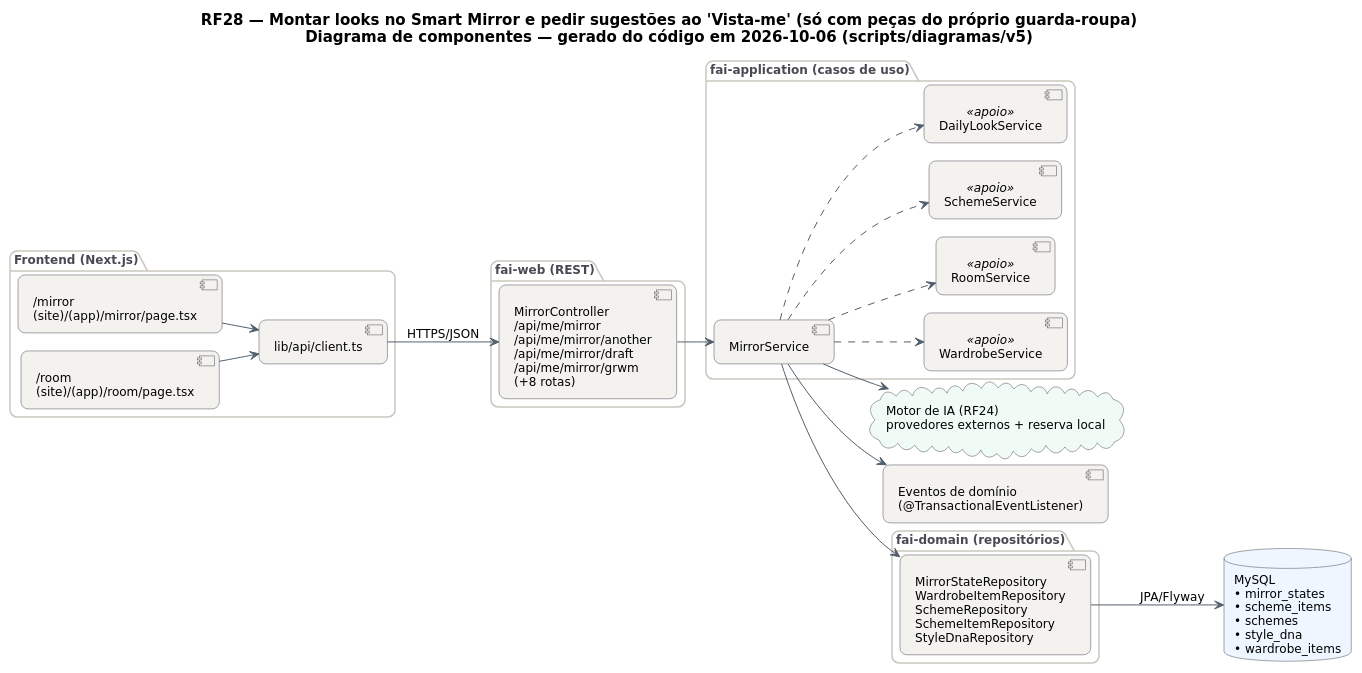
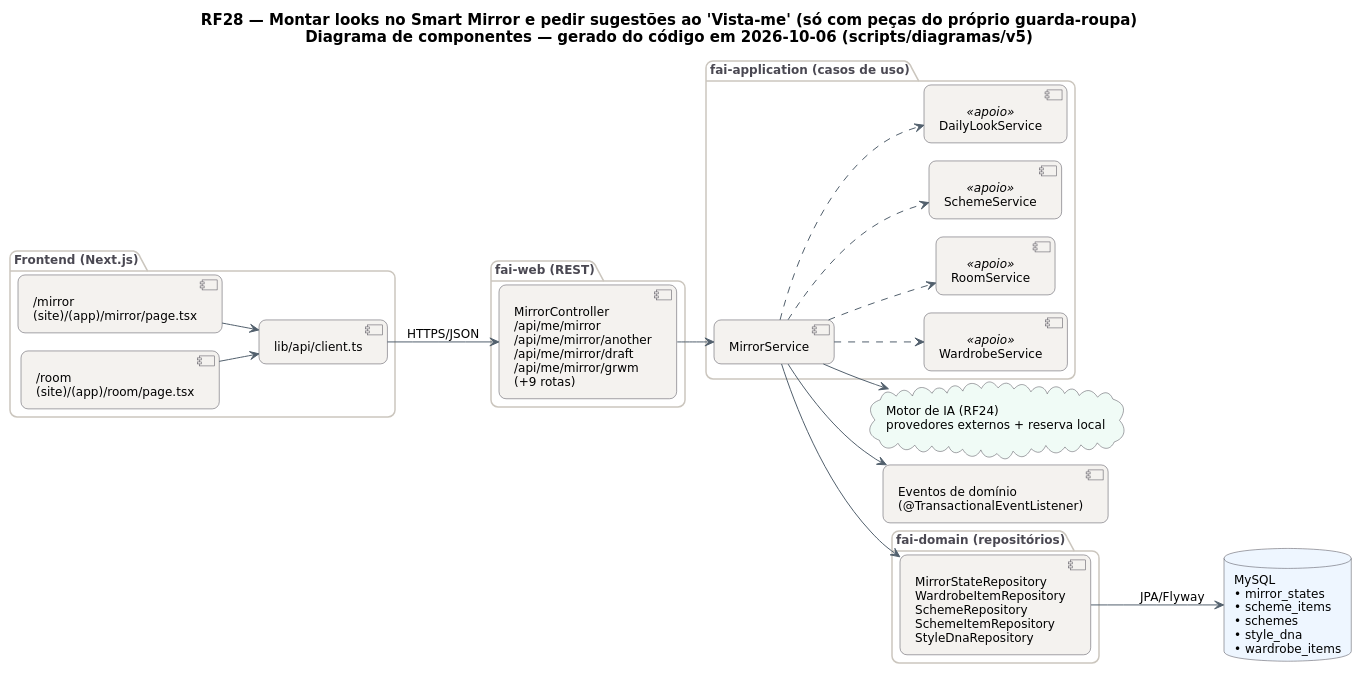
The diagram in docs/diagramas/RF28/RF28-componentes.puml (MatheusHaliski/tcc-2026-fashion-ai-backend), drawn with PlantUML before and after one commit. The commit also changed 36 other files, not shown here.

```diff
--- a/docs/diagramas/RF28/RF28-componentes.puml
+++ b/docs/diagramas/RF28/RF28-componentes.puml
@@ -1,67 +1,67 @@
 @startuml RF28_Componentes
 !pragma layout smetana
 skinparam backgroundColor #FFFFFF
 skinparam shadowing false
 skinparam defaultFontName "DejaVu Sans"
 skinparam defaultFontSize 12
 skinparam titleFontSize 15
 skinparam roundcorner 14
 skinparam ArrowColor #52606D
 skinparam note {
   BackgroundColor #FFFDEB
   BorderColor #D8CE78
   FontColor #554F24
 }
 skinparam component {
   BackgroundColor #F4F2EF
   BorderColor #4A4852
 }
 skinparam package {
   BorderColor #CBC6BE
   FontColor #4A4852
 }
 skinparam database {
   BackgroundColor #EEF6FF
   BorderColor #4A4852
 }
 skinparam cloud {
   BackgroundColor #F0FBF6
   BorderColor #4A4852
 }
 left to right direction
 title RF28 — Montar looks no Smart Mirror e pedir sugestões ao 'Vista-me' (só com peças do próprio guarda-roupa)\nDiagrama de componentes — gerado do código em 2026-10-06 (scripts/diagramas/v5)
 
 package "Frontend (Next.js)" {
   component "/mirror\n(site)/(app)/mirror/page.tsx" as FE0
   component "/room\n(site)/(app)/room/page.tsx" as FE1
   component "lib/api/client.ts" as APIC
 }
 package "fai-web (REST)" {
-  component "MirrorController\n/api/me/mirror\n/api/me/mirror/another\n/api/me/mirror/draft\n/api/me/mirror/grwm\n(+8 rotas)" as MirrorController
+  component "MirrorController\n/api/me/mirror\n/api/me/mirror/another\n/api/me/mirror/draft\n/api/me/mirror/grwm\n(+9 rotas)" as MirrorController
 }
 package "fai-application (casos de uso)" {
   component "MirrorService" as MirrorService
   component "WardrobeService" as WardrobeService <<apoio>>
   component "RoomService" as RoomService <<apoio>>
   component "SchemeService" as SchemeService <<apoio>>
   component "DailyLookService" as DailyLookService <<apoio>>
 }
 package "fai-domain (repositórios)" {
   component "MirrorStateRepository\nWardrobeItemRepository\nSchemeRepository\nSchemeItemRepository\nStyleDnaRepository" as REPO_MySQL
 }
 database "MySQL\n• mirror_states\n• scheme_items\n• schemes\n• style_dna\n• wardrobe_items" as DB_MySQL
 cloud "Motor de IA (RF24)\nprovedores externos + reserva local" as AI
 component "Eventos de domínio\n(@TransactionalEventListener)" as EV
 APIC --> MirrorController : HTTPS/JSON
 FE0 --> APIC
 FE1 --> APIC
 MirrorController --> MirrorService
 MirrorService --> AI
 MirrorService --> EV
 MirrorService --> REPO_MySQL
 MirrorService ..> DailyLookService
 MirrorService ..> RoomService
 MirrorService ..> SchemeService
 MirrorService ..> WardrobeService
 REPO_MySQL --> DB_MySQL : JPA/Flyway
 @enduml
```
